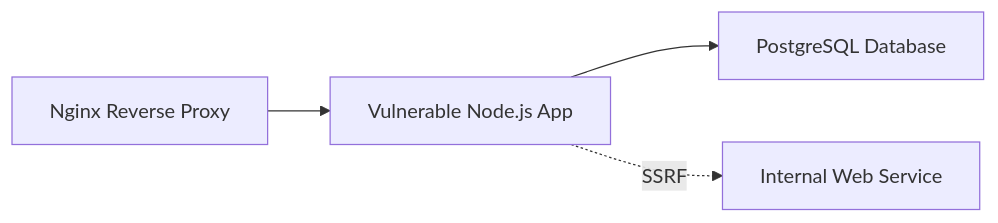
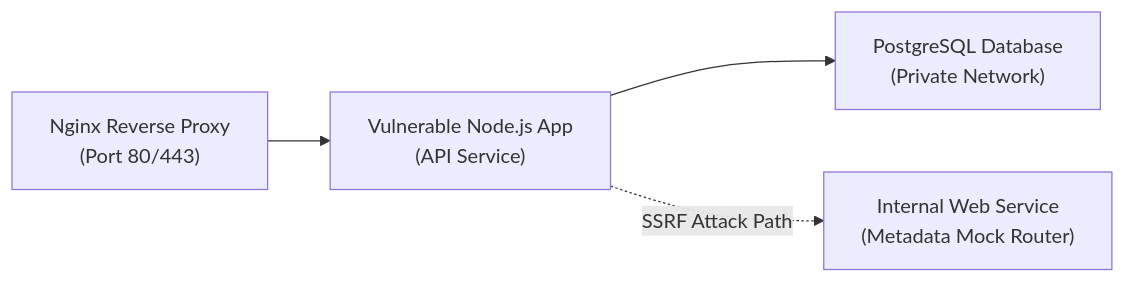
The diagram in labs/web-labs.md (vulnquest58/vulnquest58.github.io), drawn with Mermaid before and after one commit. The commit also changed other lines of this file and 6 other files, not shown here.

````diff
--- a/labs/web-labs.md
+++ b/labs/web-labs.md
@@ -11,11 +12,11 @@
 ```mermaid
 graph LR
-    Proxy["Nginx Reverse Proxy"]
-    App["Vulnerable Node.js App"]
-    DB["PostgreSQL Database"]
-    InternalWS["Internal Web Service"]
+    Proxy["Nginx Reverse Proxy<br>(Port 80/443)"]
+    App["Vulnerable Node.js App<br>(API Service)"]
+    DB["PostgreSQL Database<br>(Private Network)"]
+    InternalWS["Internal Web Service<br>(Metadata Mock Router)"]
     
     Proxy --> App
     App --> DB
-    App -.->|SSRF| InternalWS
+    App -.->|SSRF Attack Path| InternalWS
 ```
````
